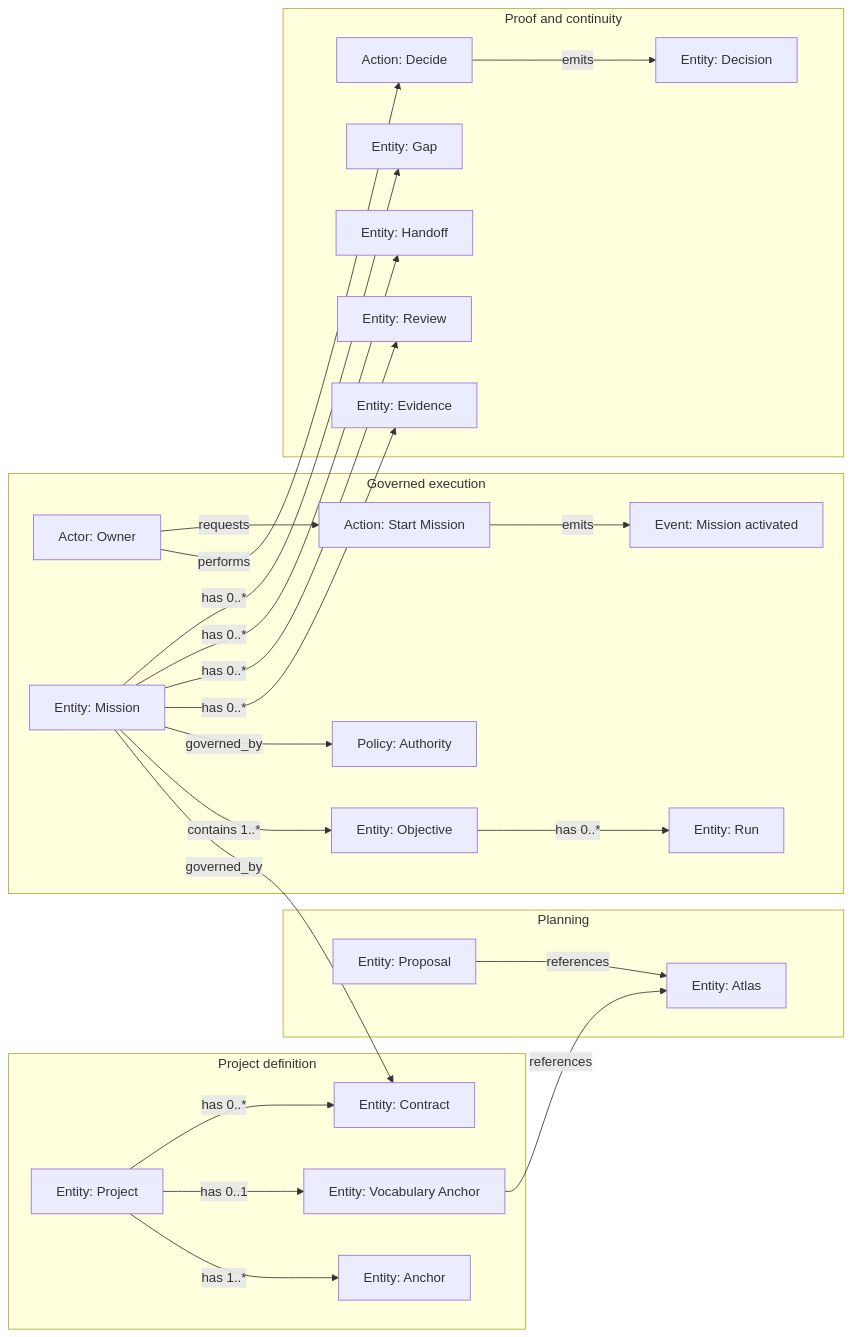
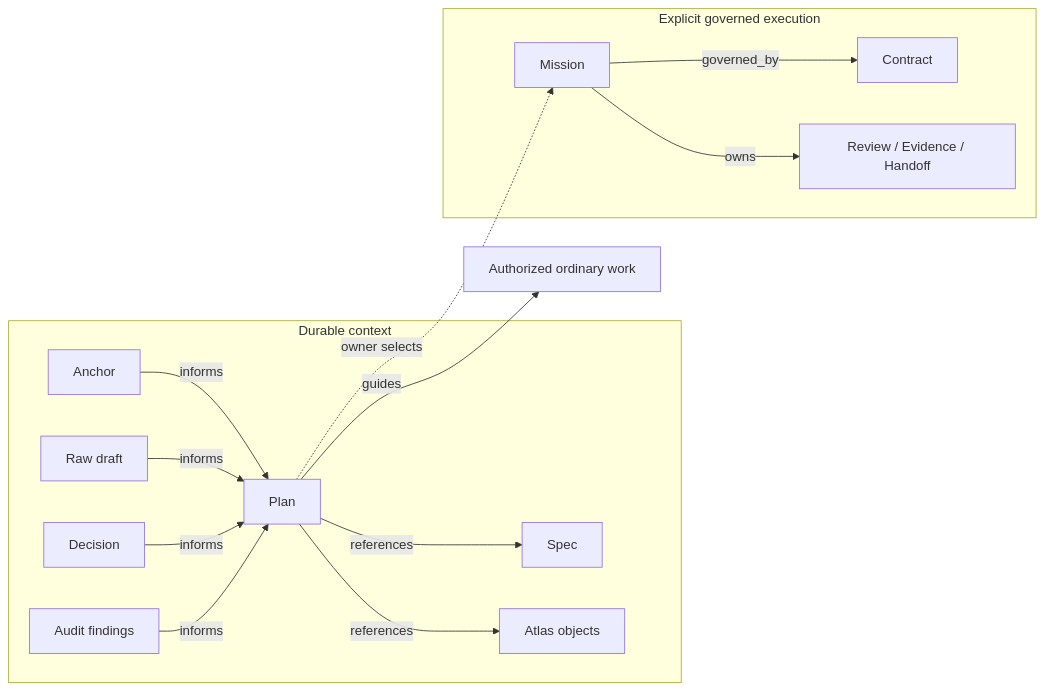
Before and after one commit to alexsmedile/spectacular: the diagram in .spectacular/atlas/domain-overview.md, drawn with Mermaid. The commit also changed other lines of this file and 37 other files, not shown here.

Commit message:
feat: add durable planning skill route and align workspace context

````diff
--- a/.spectacular/atlas/domain-overview.md
+++ b/.spectacular/atlas/domain-overview.md
@@ -17,51 +14,27 @@
 ```mermaid
 flowchart LR
-  subgraph Definition[Project definition]
-    Project[Entity: Project]
-    Anchor[Entity: Anchor]
-    Vocabulary[Entity: Vocabulary Anchor]
-    Contract[Entity: Contract]
-  end
-
-  subgraph Planning[Planning]
-    Proposal[Entity: Proposal]
-    Atlas[Entity: Atlas]
-  end
-
-  subgraph Execution[Governed execution]
-    Owner[Actor: Owner]
-    Mission[Entity: Mission]
-    Objective[Entity: Objective]
-    Run[Entity: Run]
-    Authority[Policy: Authority]
-    Start[Action: Start Mission]
-    Activated[Event: Mission activated]
-  end
-
-  subgraph Proof[Proof and continuity]
-    Decision[Entity: Decision]
-    Decide[Action: Decide]
-    Evidence[Entity: Evidence]
-    Review[Entity: Review]
-    Handoff[Entity: Handoff]
-    Gap[Entity: Gap]
-  end
-
-  Owner -->|performs| Decide
-  Decide -->|emits| Decision
-  Owner -->|requests| Start
-  Start -->|emits| Activated
-  Project -->|has 1..*| Anchor
-  Project -->|has 0..1| Vocabulary
-  Project -->|has 0..*| Contract
-  Mission -->|governed_by| Contract
-  Proposal -->|references| Atlas
-  Vocabulary -->|references| Atlas
-  Mission -->|contains 1..*| Objective
-  Objective -->|has 0..*| Run
-  Mission -->|governed_by| Authority
-  Mission -->|has 0..*| Evidence
-  Mission -->|has 0..*| Review
-  Mission -->|has 0..*| Handoff
-  Mission -->|has 0..*| Gap
+    subgraph Context[Durable context]
+      Anchor[Anchor]
+      Raw[Raw draft]
+      Plan[Plan]
+      Spec[Spec]
+      Atlas[Atlas objects]
+      Decision[Decision]
+      Audit[Audit findings]
+    end
+    Anchor -->|informs| Plan
+    Raw -->|informs| Plan
+    Plan -->|references| Spec
+    Plan -->|references| Atlas
+    Decision -->|informs| Plan
+    Audit -->|informs| Plan
+    Plan -->|guides| Work[Authorized ordinary work]
+    subgraph Governed[Explicit governed execution]
+      Contract[Contract]
+      Mission[Mission]
+      Proof[Review / Evidence / Handoff]
+    end
+    Plan -.->|owner selects| Mission
+    Mission -->|governed_by| Contract
+    Mission -->|owns| Proof
 ```
````
